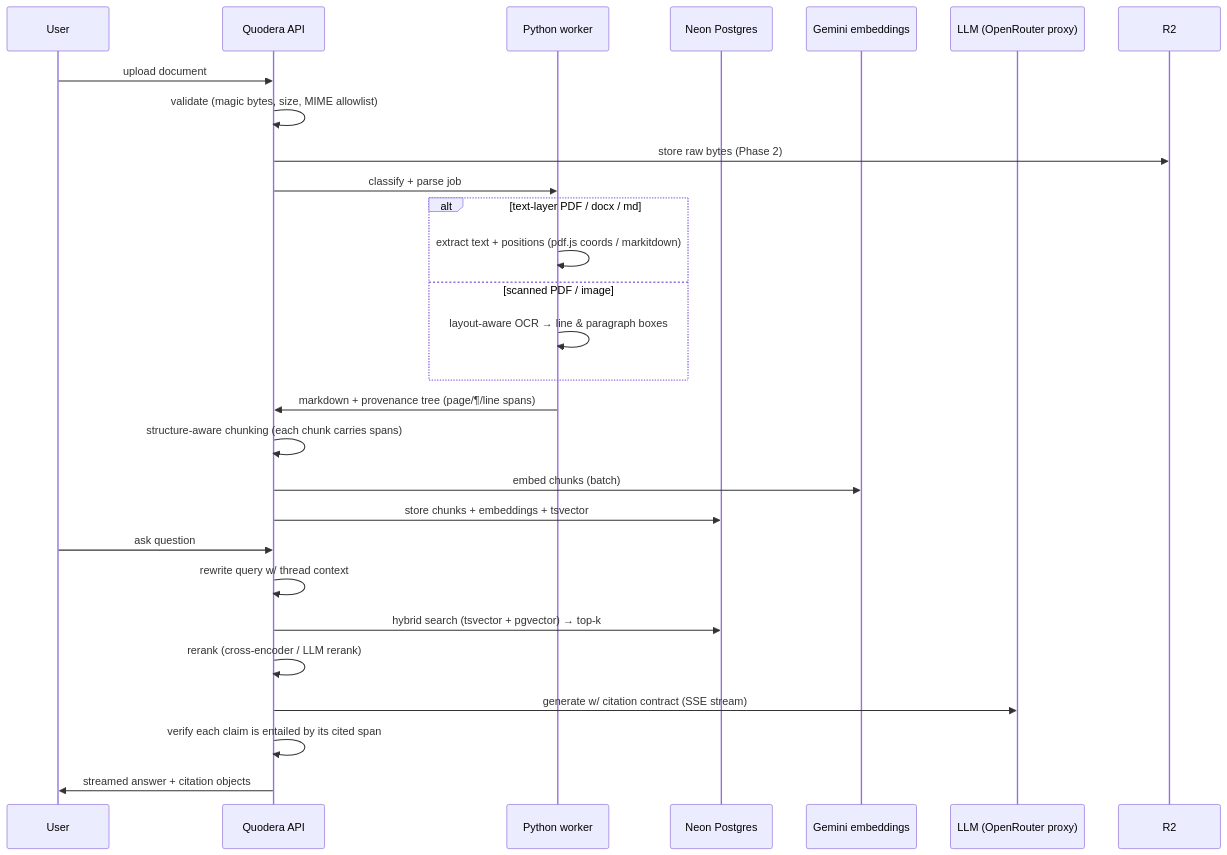
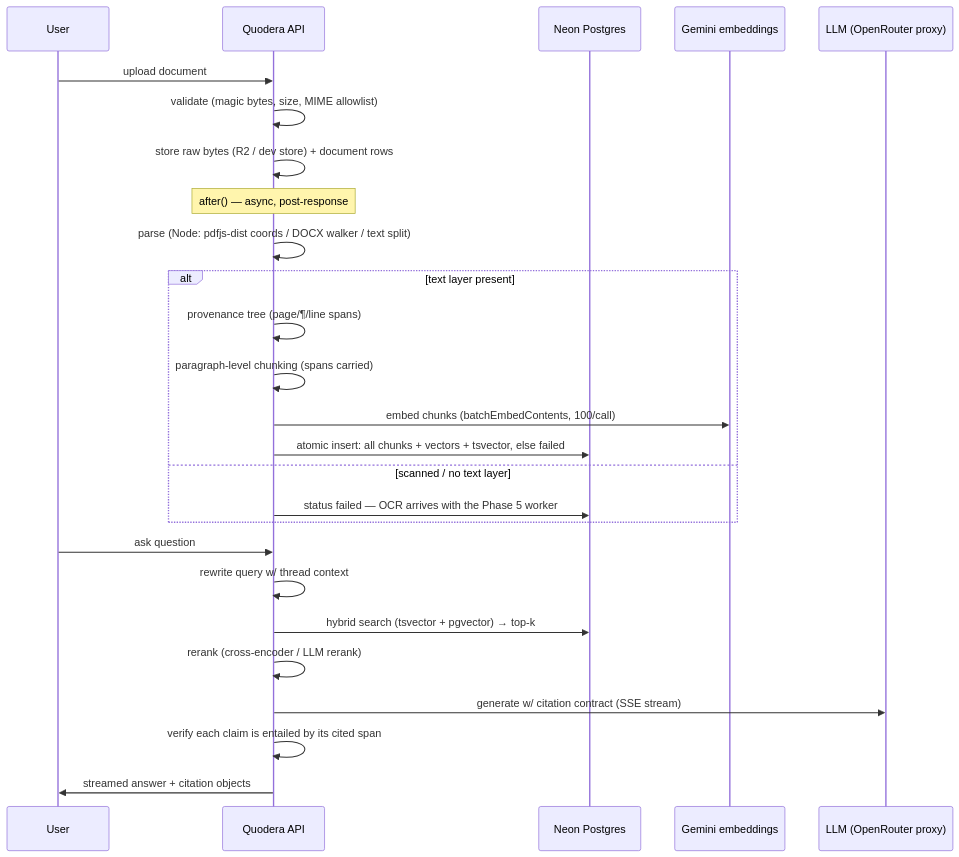
The second of 3 diagrams in ARCHITECTURE.md (tasaufmim/quodera), drawn with Mermaid before and after one commit. The commit also changed other lines of this file and 4 other files, not shown here.

````diff
--- a/ARCHITECTURE.md
+++ b/ARCHITECTURE.md
@@ -47,31 +47,30 @@
 ```mermaid
 sequenceDiagram
   participant U as User
   participant API as Quodera API
-  participant WKR as Python worker
   participant PG as Neon Postgres
   participant E as Gemini embeddings
   participant L as LLM (OpenRouter proxy)
 
   U->>API: upload document
   API->>API: validate (magic bytes, size, MIME allowlist)
-  API->>R2: store raw bytes (Phase 2)
-  API->>WKR: classify + parse job
-  alt text-layer PDF / docx / md
-    WKR->>WKR: extract text + positions (pdf.js coords / markitdown)
-  else scanned PDF / image
-    WKR->>WKR: layout-aware OCR → line & paragraph boxes
+  API->>API: store raw bytes (R2 / dev store) + document rows
+  Note over API: after() — async, post-response
+  API->>API: parse (Node: pdfjs-dist coords / DOCX walker / text split)
+  alt text layer present
+    API->>API: provenance tree (page/¶/line spans)
+    API->>API: paragraph-level chunking (spans carried)
+    API->>E: embed chunks (batchEmbedContents, 100/call)
+    API->>PG: atomic insert: all chunks + vectors + tsvector, else failed
+  else scanned / no text layer
+    API->>PG: status failed — OCR arrives with the Phase 5 worker
   end
-  WKR->>API: markdown + provenance tree (page/¶/line spans)
-  API->>API: structure-aware chunking (each chunk carries spans)
-  API->>E: embed chunks (batch)
-  API->>PG: store chunks + embeddings + tsvector
 
   U->>API: ask question
   API->>API: rewrite query w/ thread context
   API->>PG: hybrid search (tsvector + pgvector) → top-k
   API->>API: rerank (cross-encoder / LLM rerank)
   API->>L: generate w/ citation contract (SSE stream)
   API->>API: verify each claim is entailed by its cited span
   API->>U: streamed answer + citation objects
 ```
````
